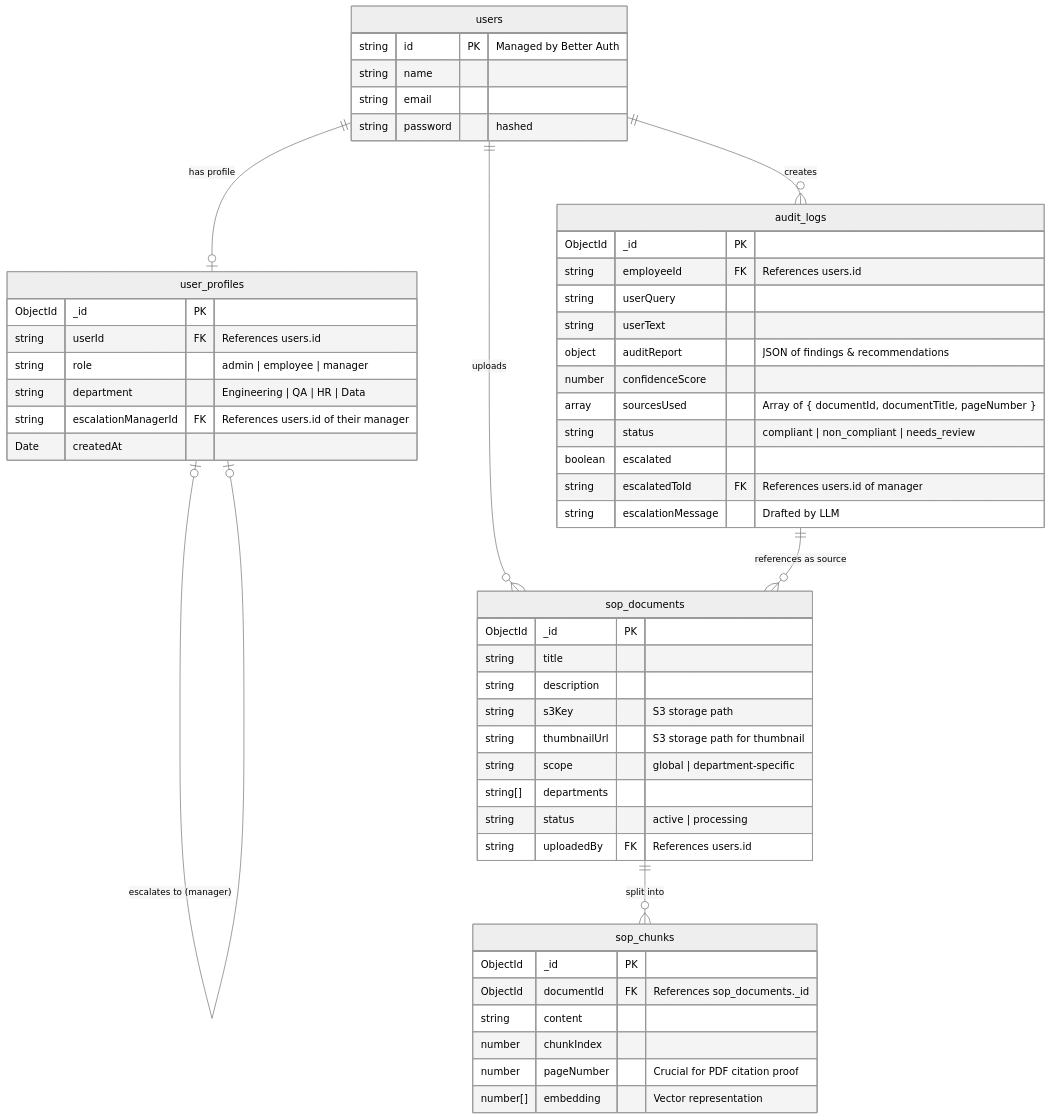
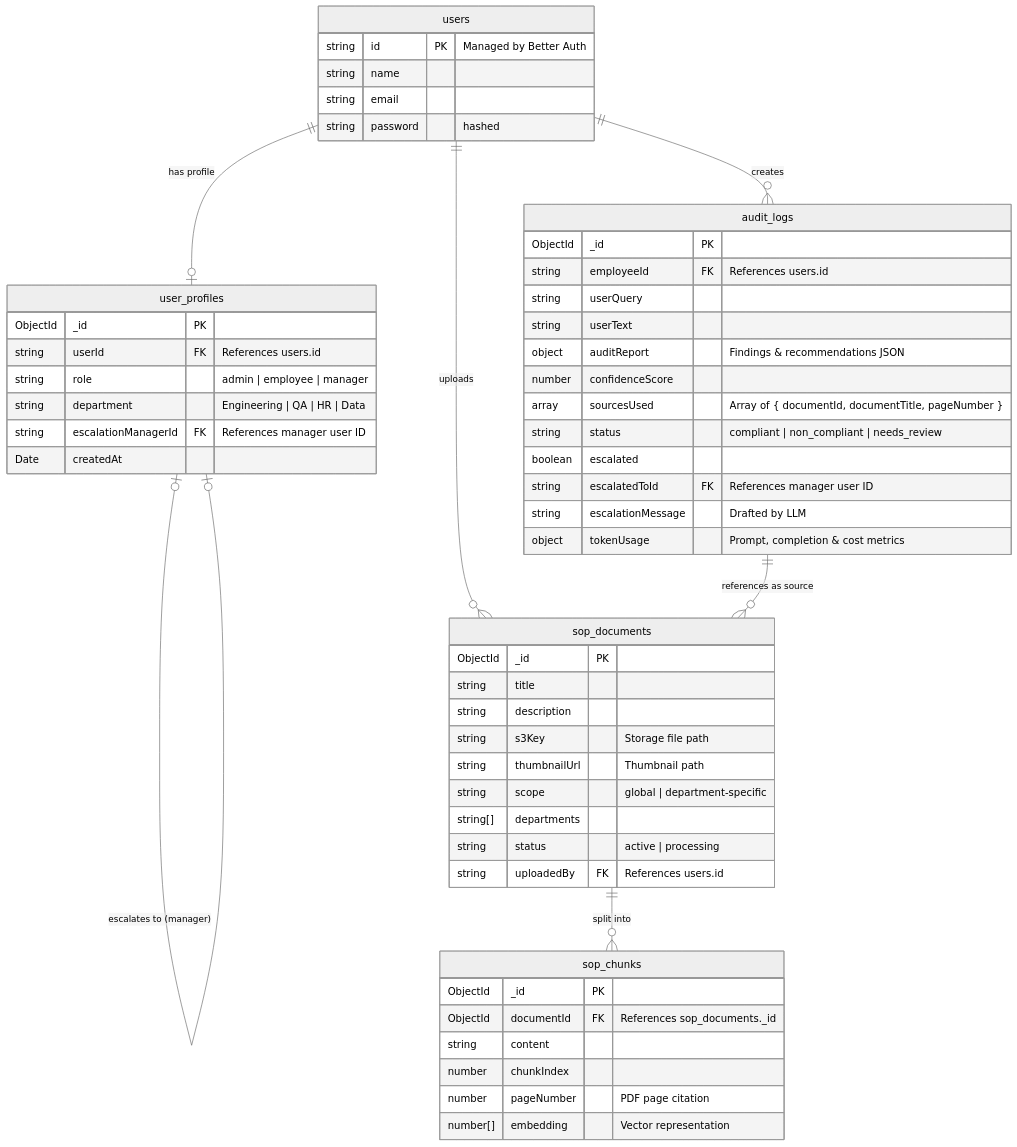
Before and after one commit to NINAD-17/Policy-Guard: the second of 2 diagrams in README.md, drawn with Mermaid (neutral theme). The commit also changed other lines of this file and 5 other files, not shown here.

````diff
--- a/README.md
+++ b/README.md
@@ -15,60 +140,61 @@
 ```mermaid
 erDiagram
     users ||--o| user_profiles : "has profile"
     users ||--o{ sop_documents : "uploads"
     users ||--o{ audit_logs : "creates"
     user_profiles |o--o| user_profiles : "escalates to (manager)"
     sop_documents ||--o{ sop_chunks : "split into"
     audit_logs ||--o{ sop_documents : "references as source"
 
     users {
         string id PK "Managed by Better Auth"
         string name
         string email
         string password "hashed"
     }
 
     user_profiles {
         ObjectId _id PK
         string userId FK "References users.id"
         string role "admin | employee | manager"
         string department "Engineering | QA | HR | Data"
-        string escalationManagerId FK "References users.id of their manager"
+        string escalationManagerId FK "References manager user ID"
         Date createdAt
     }
 
     sop_documents {
         ObjectId _id PK
         string title
         string description
-        string s3Key "S3 storage path"
-        string thumbnailUrl "S3 storage path for thumbnail"
+        string s3Key "Storage file path"
+        string thumbnailUrl "Thumbnail path"
         string scope "global | department-specific"
         string[] departments
         string status "active | processing"
         string uploadedBy FK "References users.id"
     }
 
     sop_chunks {
         ObjectId _id PK
         ObjectId documentId FK "References sop_documents._id"
         string content
         number chunkIndex
-        number pageNumber "Crucial for PDF citation proof"
+        number pageNumber "PDF page citation"
         number[] embedding "Vector representation"
     }
 
     audit_logs {
         ObjectId _id PK
         string employeeId FK "References users.id"
         string userQuery
         string userText
-        object auditReport "JSON of findings & recommendations"
+        object auditReport "Findings & recommendations JSON"
         number confidenceScore
         array sourcesUsed "Array of { documentId, documentTitle, pageNumber }"
         string status "compliant | non_compliant | needs_review"
         boolean escalated
-        string escalatedToId FK "References users.id of manager"
+        string escalatedToId FK "References manager user ID"
         string escalationMessage "Drafted by LLM"
+        object tokenUsage "Prompt, completion & cost metrics"
     }
 ```
````
